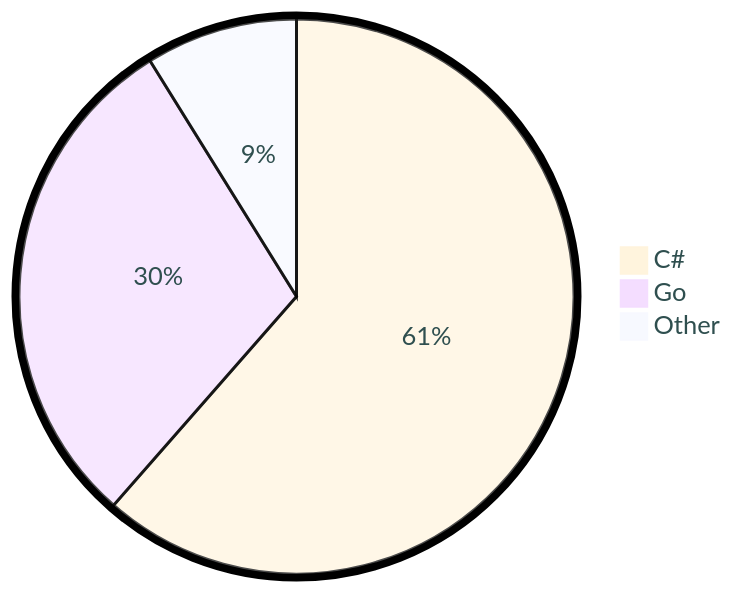
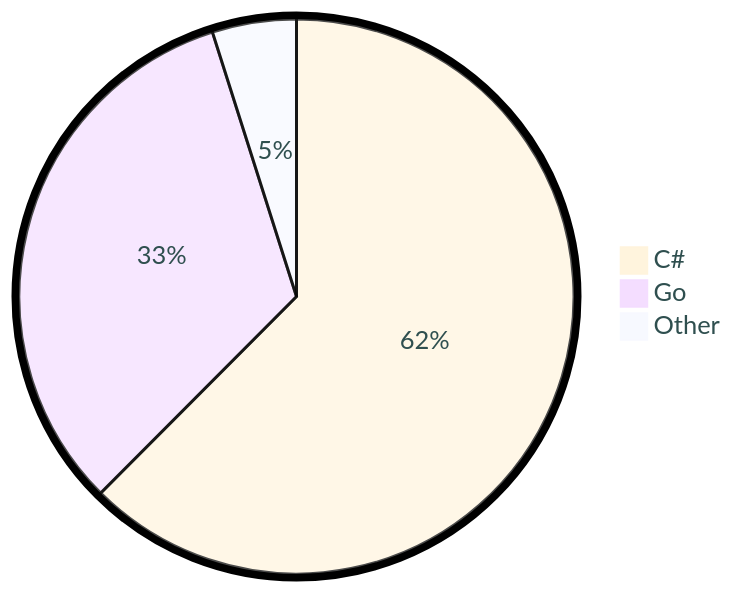
The diagram in README.md (tot0p/tot0p), drawn with Mermaid before and after one commit. The commit also changed other lines of this file, not shown here.

````diff
--- a/README.md
+++ b/README.md
@@ -79,7 +76,7 @@
 ```mermaid
 %%{init: {"pie": {"textPosition": 0.5}, "themeVariables": {"pieOuterStrokeWidth": "5px","primaryTextColor" : "#2F4F4F"},"theme":"base"} }%%
 pie
-	"C#": 61.45
-	"Go": 29.7
-	"Other": 8.85
+	"C#": 62.47
+	"Go": 32.63
+	"Other": 4.8999999999999995
 ```
````
